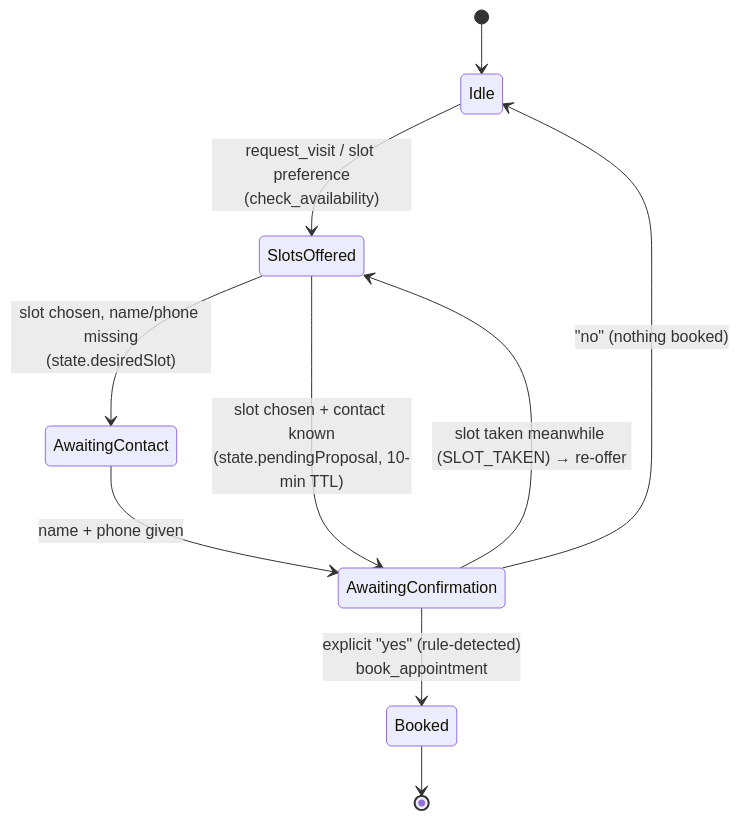
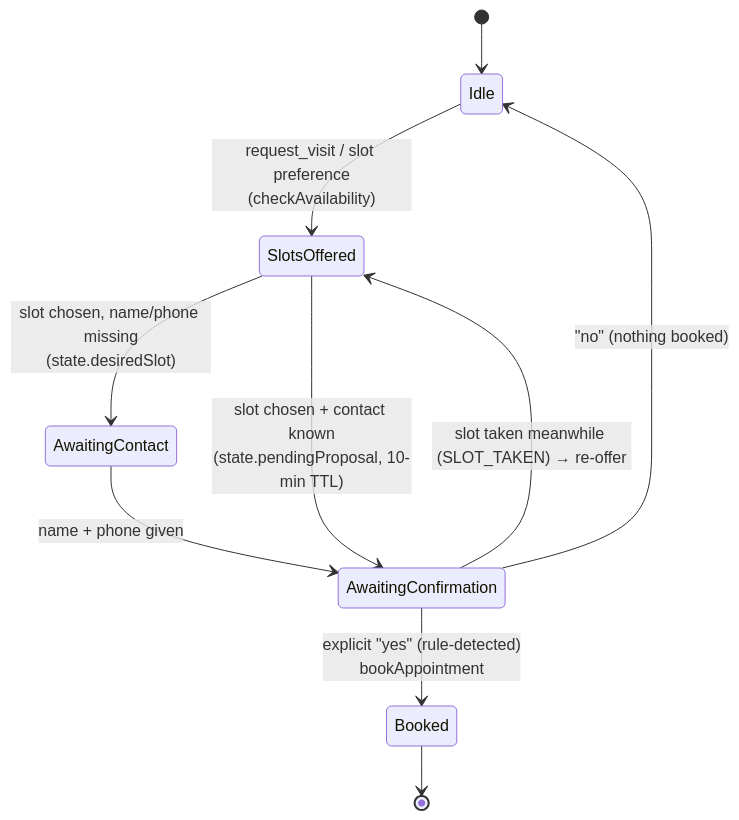
The third of 4 diagrams in docs/ARCHITECTURE.md (chandu7313/VaaniQ), drawn with Mermaid before and after one commit. The commit also changed other lines of this file and 88 other files, not shown here.

````diff
--- a/docs/ARCHITECTURE.md
+++ b/docs/ARCHITECTURE.md
@@ -82,12 +82,12 @@
 ```mermaid
 stateDiagram-v2
   [*] --> Idle
-  Idle --> SlotsOffered: request_visit / slot preference<br/>(check_availability)
+  Idle --> SlotsOffered: request_visit / slot preference<br/>(checkAvailability)
   SlotsOffered --> AwaitingContact: slot chosen, name/phone missing<br/>(state.desiredSlot)
   SlotsOffered --> AwaitingConfirmation: slot chosen + contact known<br/>(state.pendingProposal, 10-min TTL)
   AwaitingContact --> AwaitingConfirmation: name + phone given
-  AwaitingConfirmation --> Booked: explicit "yes" (rule-detected)<br/>book_appointment
+  AwaitingConfirmation --> Booked: explicit "yes" (rule-detected)<br/>bookAppointment
   AwaitingConfirmation --> Idle: "no" (nothing booked)
   AwaitingConfirmation --> SlotsOffered: slot taken meanwhile (SLOT_TAKEN) → re-offer
   Booked --> [*]
 ```
````
